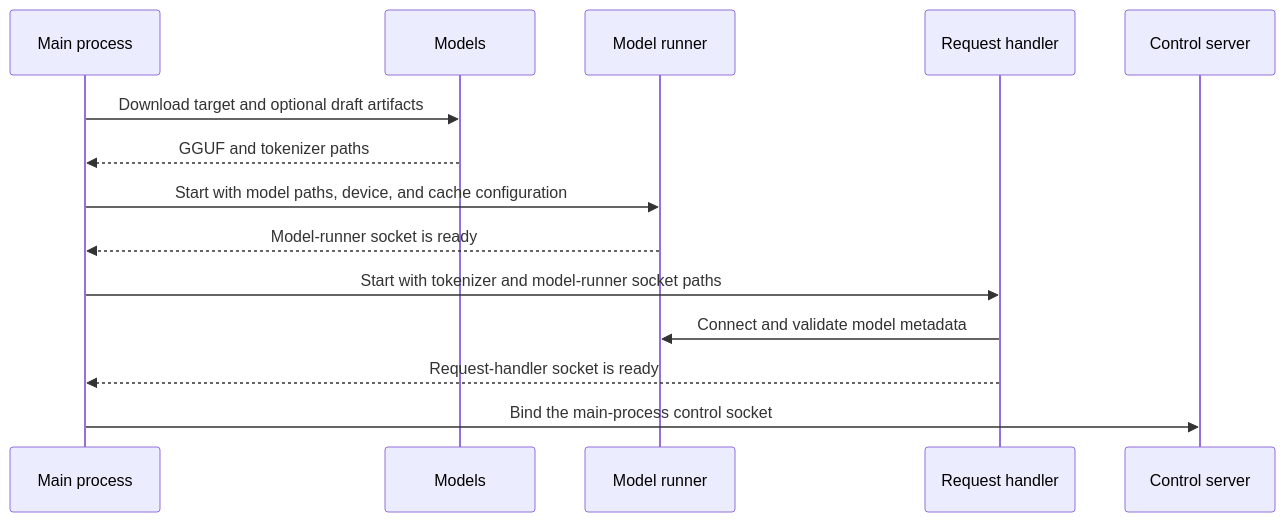
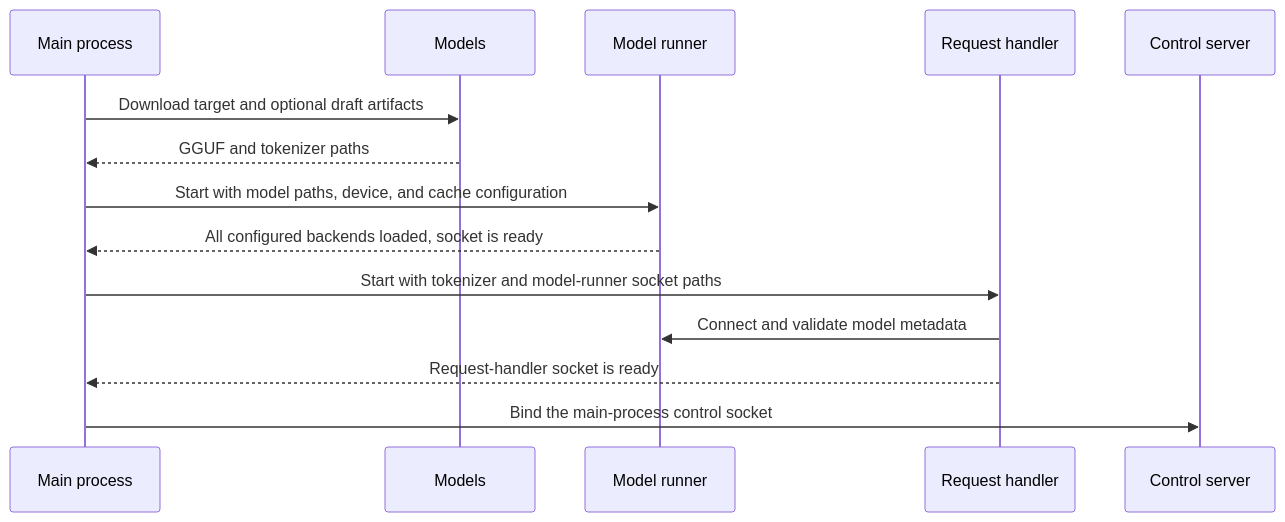
One commit to lun0522/mini-vllm-rs changed the second of 3 diagrams in src/main_process/README.md. Above: the diagram before and after it, drawn with Mermaid. The commit also changed other lines of this file and 9 other files, not shown here.

First line of the commit message:
Docs: Streamline READMEs and expand architecture documentation

````diff
--- a/src/main_process/README.md
+++ b/src/main_process/README.md
@@ -28,17 +33,17 @@
 ```mermaid
 sequenceDiagram
     participant Main as Main process
     participant Models
     participant Runner as Model runner
     participant Handler as Request handler
     participant Control as Control server
 
     Main->>Models: Download target and optional draft artifacts
     Models-->>Main: GGUF and tokenizer paths
     Main->>Runner: Start with model paths, device, and cache configuration
-    Runner-->>Main: Model-runner socket is ready
+    Runner-->>Main: All configured backends loaded, socket is ready
     Main->>Handler: Start with tokenizer and model-runner socket paths
     Handler->>Runner: Connect and validate model metadata
     Handler-->>Main: Request-handler socket is ready
     Main->>Control: Bind the main-process control socket
 ```
````
